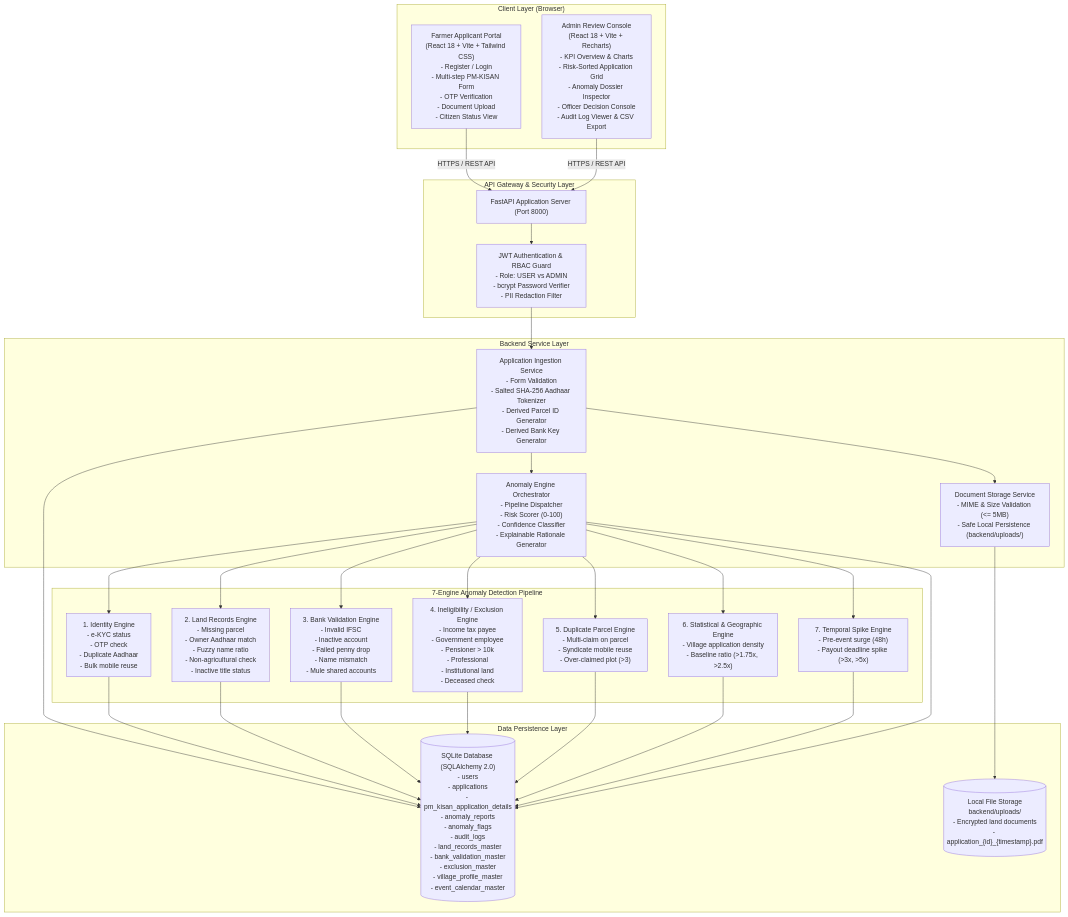
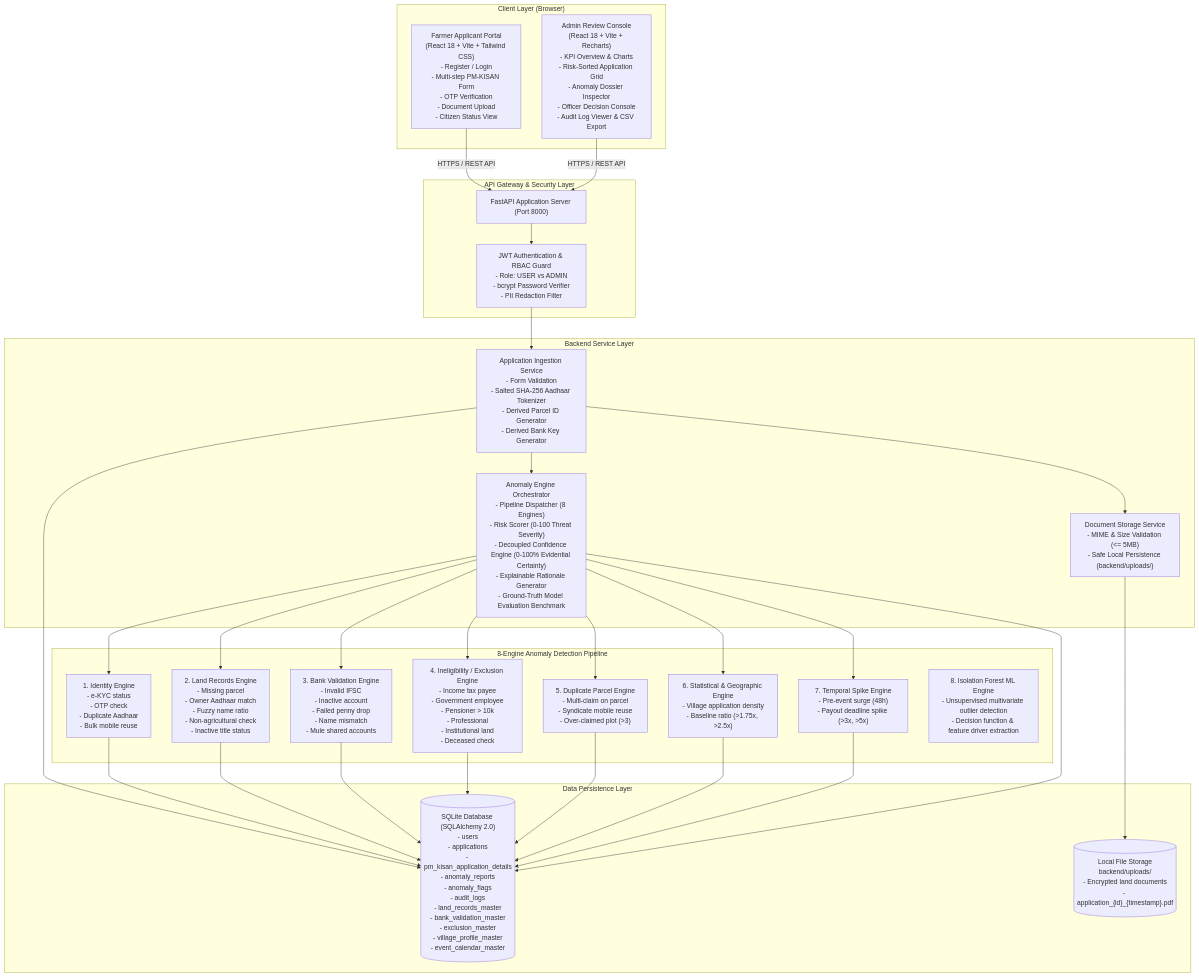
The first of 6 diagrams in ARCHITECTURE_DIAGRAM.md (lohith889/HackSpora), drawn with Mermaid before and after one commit. The commit also changed 21 other files, not shown here.

Commit message:
feat(phase-4): add Isolation Forest ML engine, decoupled risk/confidence scoring, officer final decision gating, and ground-truth evaluation

````diff
--- a/ARCHITECTURE_DIAGRAM.md
+++ b/ARCHITECTURE_DIAGRAM.md
@@ -11,45 +11,46 @@
 ```mermaid
 flowchart TD
     subgraph Clients["Client Layer (Browser)"]
         FarmerUI["Farmer Applicant Portal\n(React 18 + Vite + Tailwind CSS)\n- Register / Login\n- Multi-step PM-KISAN Form\n- OTP Verification\n- Document Upload\n- Citizen Status View"]
         AdminUI["Admin Review Console\n(React 18 + Vite + Recharts)\n- KPI Overview & Charts\n- Risk-Sorted Application Grid\n- Anomaly Dossier Inspector\n- Officer Decision Console\n- Audit Log Viewer & CSV Export"]
     end
 
     subgraph Gateway["API Gateway & Security Layer"]
         FastAPI["FastAPI Application Server (Port 8000)"]
         JWTAuth["JWT Authentication & RBAC Guard\n- Role: USER vs ADMIN\n- bcrypt Password Verifier\n- PII Redaction Filter"]
     end
 
     subgraph CoreServices["Backend Service Layer"]
         AppService["Application Ingestion Service\n- Form Validation\n- Salted SHA-256 Aadhaar Tokenizer\n- Derived Parcel ID Generator\n- Derived Bank Key Generator"]
         FileService["Document Storage Service\n- MIME & Size Validation (<= 5MB)\n- Safe Local Persistence (backend/uploads/)"]
-        AnomalyOrchestrator["Anomaly Engine Orchestrator\n- Pipeline Dispatcher\n- Risk Scorer (0-100)\n- Confidence Classifier\n- Explainable Rationale Generator"]
+        AnomalyOrchestrator["Anomaly Engine Orchestrator\n- Pipeline Dispatcher (8 Engines)\n- Risk Scorer (0-100 Threat Severity)\n- Decoupled Confidence Engine (0-100% Evidential Certainty)\n- Explainable Rationale Generator\n- Ground-Truth Model Evaluation Benchmark"]
     end
 
-    subgraph AnomalyEngines["7-Engine Anomaly Detection Pipeline"]
+    subgraph AnomalyEngines["8-Engine Anomaly Detection Pipeline"]
         E1["1. Identity Engine\n- e-KYC status\n- OTP check\n- Duplicate Aadhaar\n- Bulk mobile reuse"]
         E2["2. Land Records Engine\n- Missing parcel\n- Owner Aadhaar match\n- Fuzzy name ratio\n- Non-agricultural check\n- Inactive title status"]
         E3["3. Bank Validation Engine\n- Invalid IFSC\n- Inactive account\n- Failed penny drop\n- Name mismatch\n- Mule shared accounts"]
         E4["4. Ineligibility / Exclusion Engine\n- Income tax payee\n- Government employee\n- Pensioner > 10k\n- Professional\n- Institutional land\n- Deceased check"]
         E5["5. Duplicate Parcel Engine\n- Multi-claim on parcel\n- Syndicate mobile reuse\n- Over-claimed plot (>3)"]
         E6["6. Statistical & Geographic Engine\n- Village application density\n- Baseline ratio (>1.75x, >2.5x)"]
         E7["7. Temporal Spike Engine\n- Pre-event surge (48h)\n- Payout deadline spike (>3x, >5x)"]
+        E8["8. Isolation Forest ML Engine\n- Unsupervised multivariate outlier detection\n- Decision function & feature driver extraction"]
     end
 
     subgraph DataStorage["Data Persistence Layer"]
         SQLiteDB[("SQLite Database (SQLAlchemy 2.0)\n- users\n- applications\n- pm_kisan_application_details\n- anomaly_reports\n- anomaly_flags\n- audit_logs\n- land_records_master\n- bank_validation_master\n- exclusion_master\n- village_profile_master\n- event_calendar_master")]
         UploadsDir[("Local File Storage\nbackend/uploads/\n- Encrypted land documents\n- application_{id}_{timestamp}.pdf")]
     end
 
     FarmerUI -->|HTTPS / REST API| FastAPI
     AdminUI -->|HTTPS / REST API| FastAPI
     FastAPI --> JWTAuth
     JWTAuth --> AppService
     AppService --> FileService
     FileService --> UploadsDir
     AppService --> SQLiteDB
     AppService --> AnomalyOrchestrator
     AnomalyOrchestrator --> E1 & E2 & E3 & E4 & E5 & E6 & E7
     E1 & E2 & E3 & E4 & E5 & E6 & E7 --> SQLiteDB
     AnomalyOrchestrator --> SQLiteDB
 ```
````
